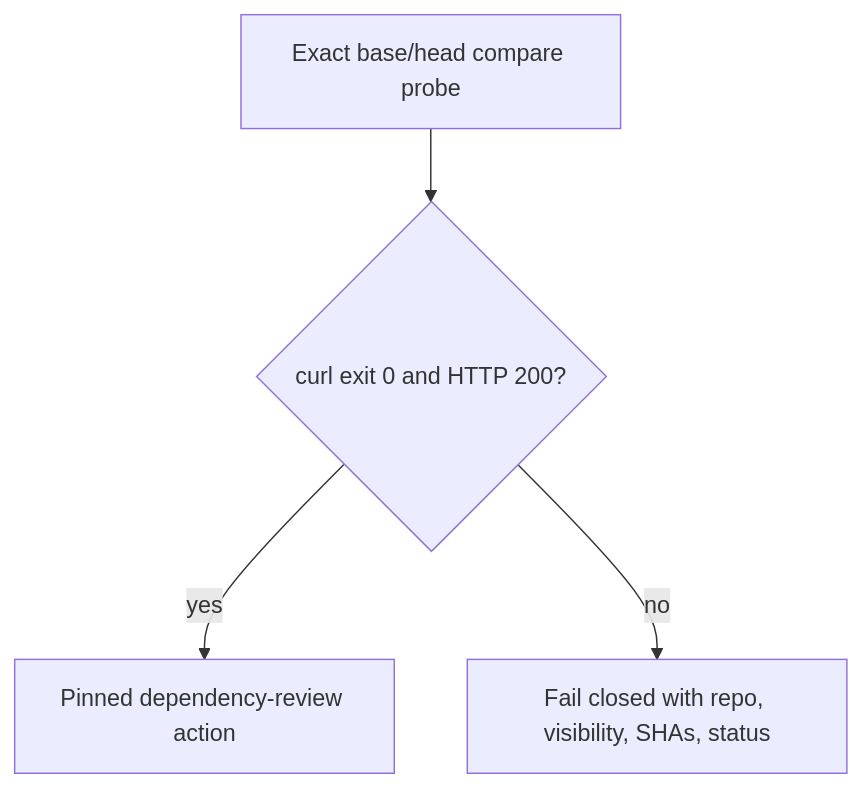
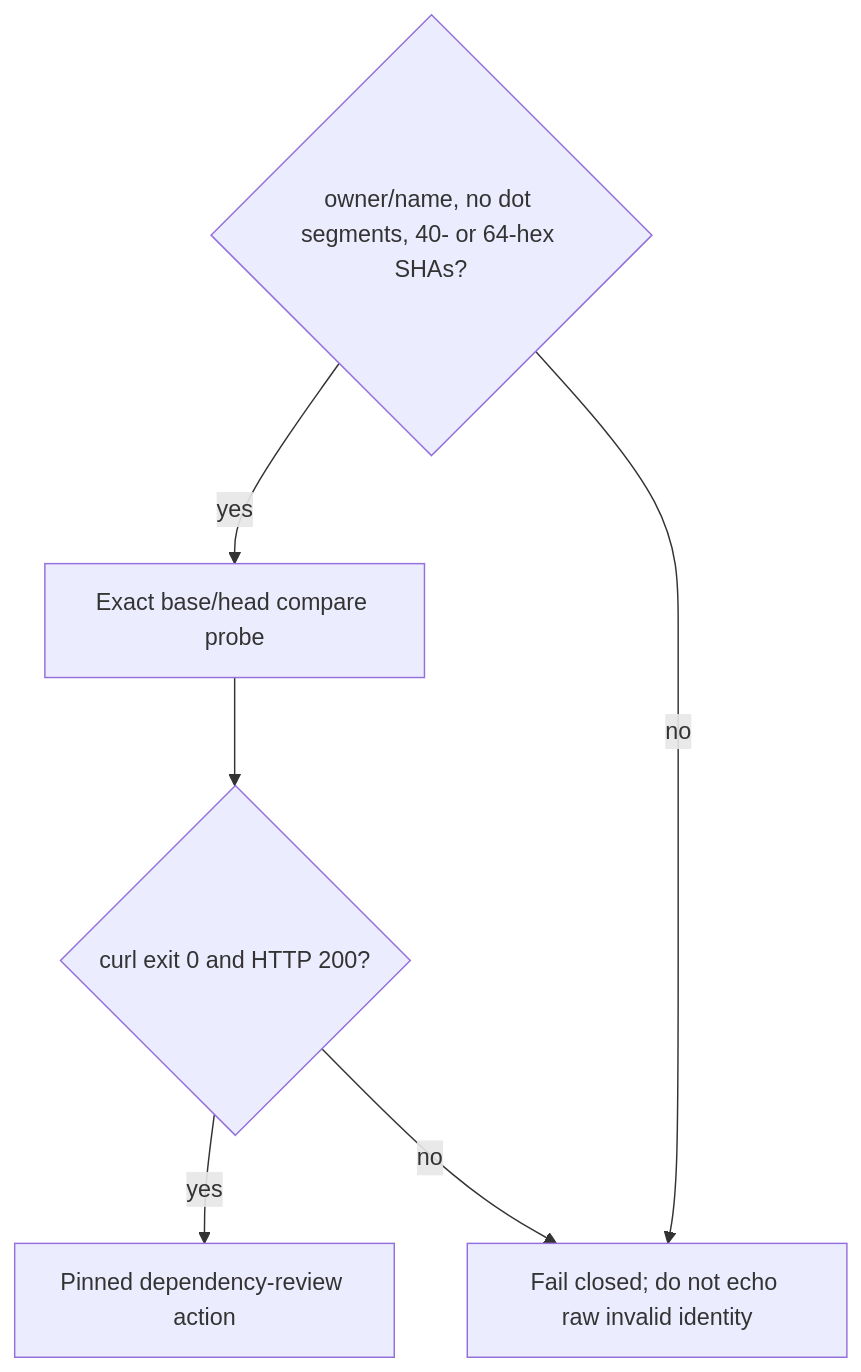
Before and after one commit to ContextualWisdomLab/.github: the fourth of 4 diagrams in ARCHITECTURE.md, drawn with Mermaid. The commit also changed other lines of this file and 5 other files, not shown here.

First line of the commit message:
fix(security): reject dot segments and hide raw dependency-review identity

````diff
--- a/ARCHITECTURE.md
+++ b/ARCHITECTURE.md
@@ -118,11 +120,14 @@
 ```mermaid
 flowchart TD
+  Identity{"owner/name, no dot segments, 40- or 64-hex SHAs?"}
   Probe["Exact base/head compare probe"]
   Transport{"curl exit 0 and HTTP 200?"}
   Action["Pinned dependency-review action"]
-  Fail["Fail closed with repo, visibility, SHAs, status"]
+  Fail["Fail closed; do not echo raw invalid identity"]
 
+  Identity -->|"yes"| Probe
+  Identity -->|"no"| Fail
   Probe --> Transport
   Transport -->|"yes"| Action
   Transport -->|"no"| Fail
 ```
````
